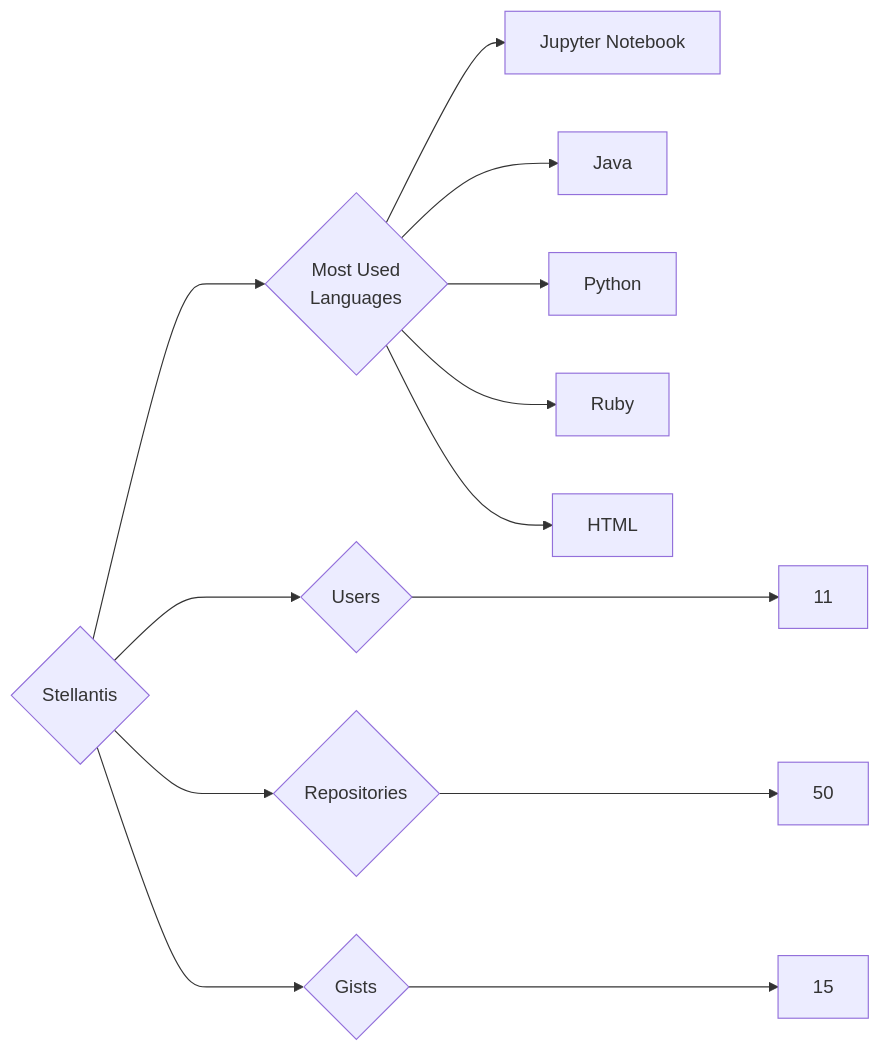
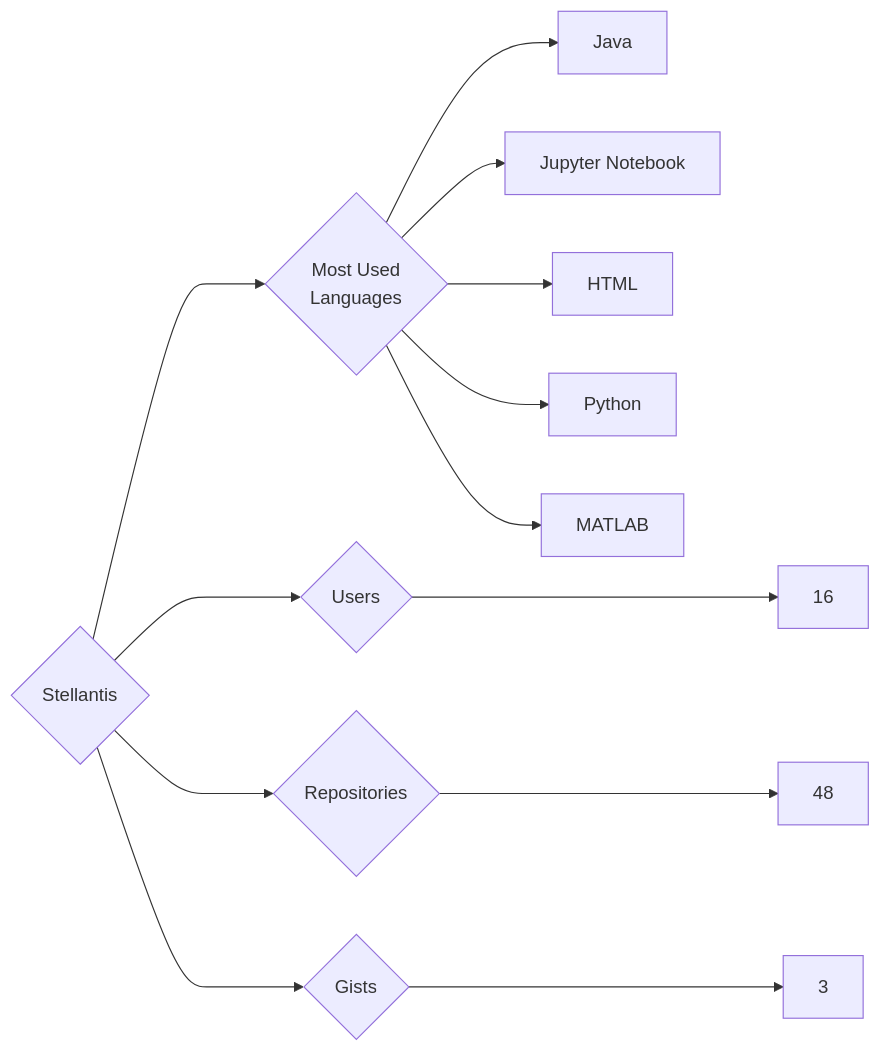
Before and after one commit to trickest/insiders: the diagram in targets/Stellantis/README.md, drawn with Mermaid. The commit also changed 826 other files, not shown here.

````diff
--- a/targets/Stellantis/README.md
+++ b/targets/Stellantis/README.md
@@ -3,13 +3,13 @@
 ```mermaid
 graph LR
 COMPANY_NAME{Stellantis}
-COMPANY_NAME ---> U{Users} ---> UN[11]
-COMPANY_NAME ---> R{Repositories} ---> RN[50]
-COMPANY_NAME ---> G{Gists} ---> GN[15]
+COMPANY_NAME ---> U{Users} ---> UN[16]
+COMPANY_NAME ---> R{Repositories} ---> RN[48]
+COMPANY_NAME ---> G{Gists} ---> GN[3]
 COMPANY_NAME ---> ML{Most Used<br>Languages}
+ML --> Java[Java]
 ML --> Jupyter_Notebook[Jupyter Notebook]
-ML --> Java[Java]
+ML --> HTML[HTML]
 ML --> Python[Python]
-ML --> Ruby[Ruby]
-ML --> HTML[HTML]
+ML --> MATLAB[MATLAB]
 ```
````
